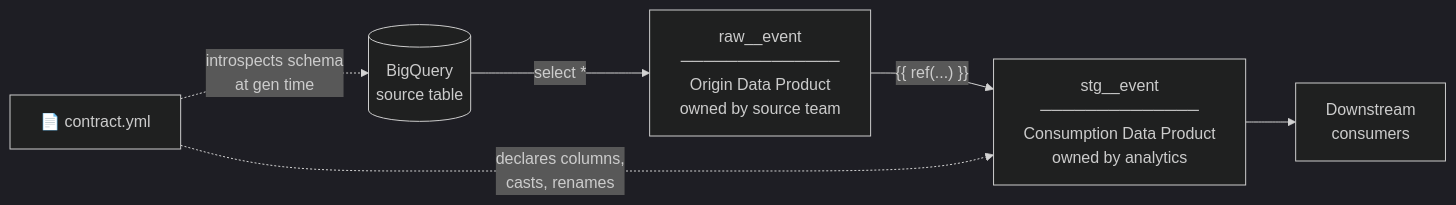
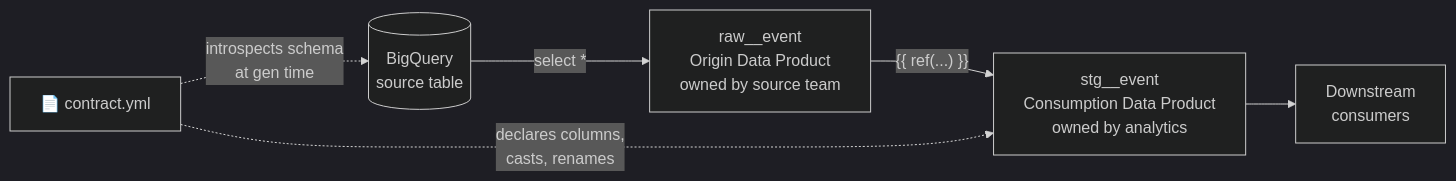
The second of 3 diagrams in docs/architecture.md (wraith-proxy/wraith-modelgen), drawn with Mermaid (dark theme) before and after one commit. The commit also changed other lines of this file and 7 other files, not shown here.

````diff
--- a/docs/architecture.md
+++ b/docs/architecture.md
@@ -36,9 +36,9 @@
 ```mermaid
 flowchart LR
-    SRC[("BigQuery\nsource table")] -->|"select *"| RAW["raw__event\n──────────────\nOrigin Data Product\nowned by source team"]
-    RAW -->|"{{ ref(...) }}"| STG["stg__event\n──────────────\nConsumption Data Product\nowned by analytics"]
+    SRC[("BigQuery\nsource table")] -->|"select *"| RAW["raw__event\nOrigin Data Product\nowned by source team"]
+    RAW -->|"{{ ref(...) }}"| STG["stg__event\nConsumption Data Product\nowned by analytics"]
     STG --> DOWN["Downstream\nconsumers"]
 
     CTR["📄 contract.yml"] -. "introspects schema\nat gen time" .-> SRC
     CTR -. "declares columns,\ncasts, renames" .-> STG
 ```
````
